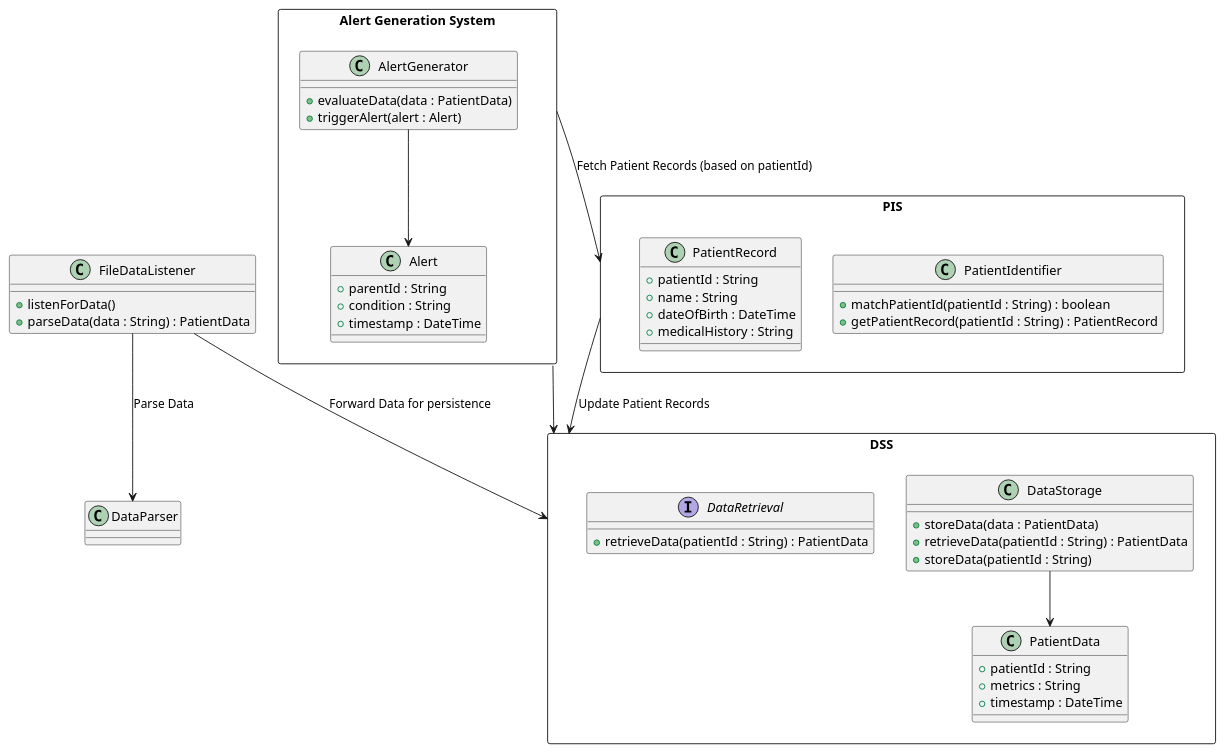
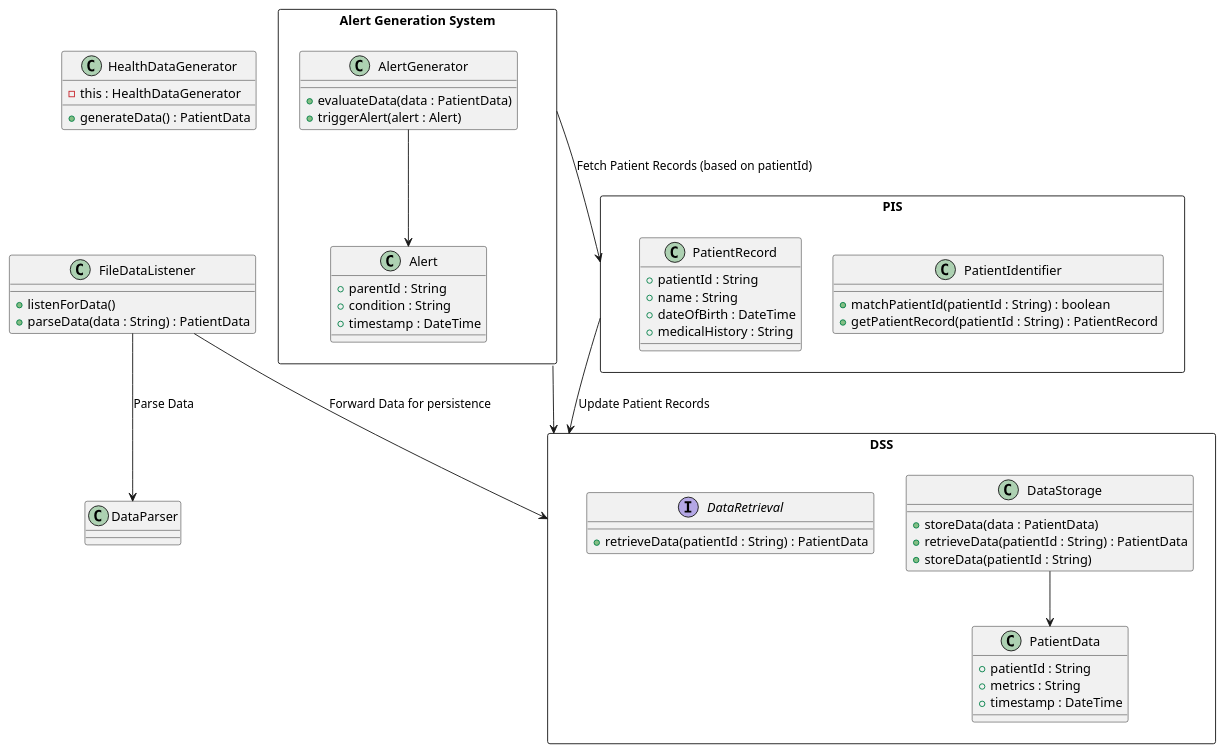
One commit to Mihai-Solescu/signal_project changed the diagram in uml/class.plantuml. Above: the diagram before and after it, drawn with PlantUML. The commit also changed 2 other files, not shown here.

Commit message:
updated alert generation system diagram Factory Pattern

```diff
--- a/uml/class.plantuml
+++ b/uml/class.plantuml
@@ -1,73 +1,78 @@
 @startuml
+
+class "HealthDataGenerator" as HDG {
+    -this : HealthDataGenerator
+    +generateData() : PatientData
+}
 
 rectangle "Alert Generation System" as AGS {
     class "AlertGenerator" as AG {
         +evaluateData(data : PatientData)
         +triggerAlert(alert : Alert)
     }
 
     AG --> A
 
     class "Alert" as A {
         +parentId : String
         +condition : String
         +timestamp : DateTime
     }
 }
 
 AGS --> DSS
 
 rectangle "Data Storage System" as DSS {
     class "DataStorage" as DS {
         +storeData(data : PatientData)
         +retrieveData(patientId : String) : PatientData
         +storeData(patientId : String) 
     }
 
     DS --> PD
 
     class "PatientData" as PD {
         +patientId : String
         +metrics : String
         +timestamp : DateTime
     }
 
     interface "DataRetrieval" as DR {
         +retrieveData(patientId : String) : PatientData
     }
 }
 
 AGS --> PIS : Fetch Patient Records (based on patientId)
 
 rectangle "Patient Identification System" as PIS {
     class "PatientIdentifier" as PI {
         +matchPatientId(patientId : String) : boolean
         +getPatientRecord(patientId : String) : PatientRecord
     }
 
 
     class "PatientRecord" as PR {
         +patientId : String
         +name : String
         +dateOfBirth : DateTime
         +medicalHistory : String
     }
 }
 
 PIS --> DSS : Update Patient Records
 
 class "FileDataListener" as FDL {
     +listenForData()
     +parseData(data : String) : PatientData
 }
 
 FDL --> DSS : Forward Data for persistence
 FDL --> DP : Parse Data
 
 class "DataParser" as DP {
     ' from JSON to PatientData
 }
 
 
 
 @enduml
```
